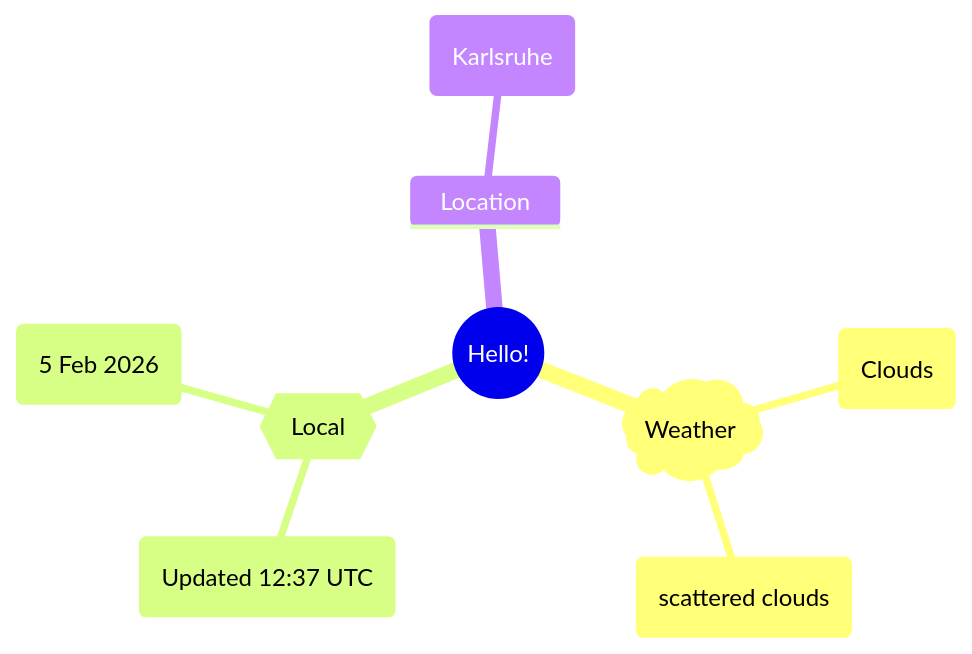
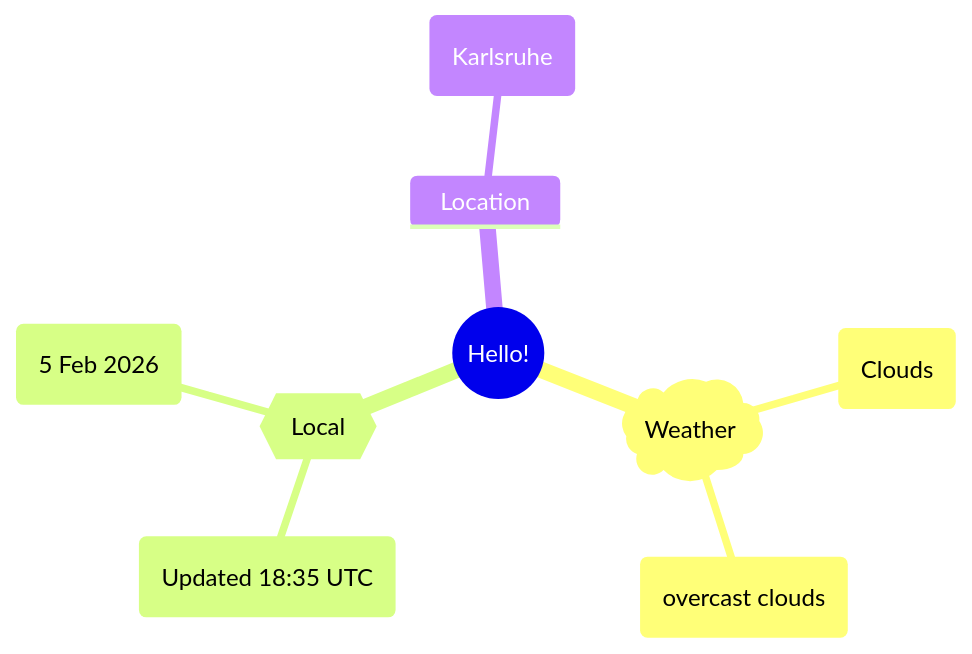
One commit to Xosrov/Xosrov changed the first of 2 diagrams in README.md. Above: the diagram before and after it, drawn with Mermaid.

Commit message:
[bot] updated images

````diff
--- a/README.md
+++ b/README.md
@@ -3,12 +3,12 @@
 ```mermaid
 mindmap
   root((Hello!))
     )Weather(
         (Clouds)
-        (scattered clouds)
+        (overcast clouds)
     {{Local}}
-        (Updated 12:37 UTC)
+        (Updated 18:35 UTC)
         (5 Feb 2026)
     Location
         (Karlsruhe)
 ```
````
